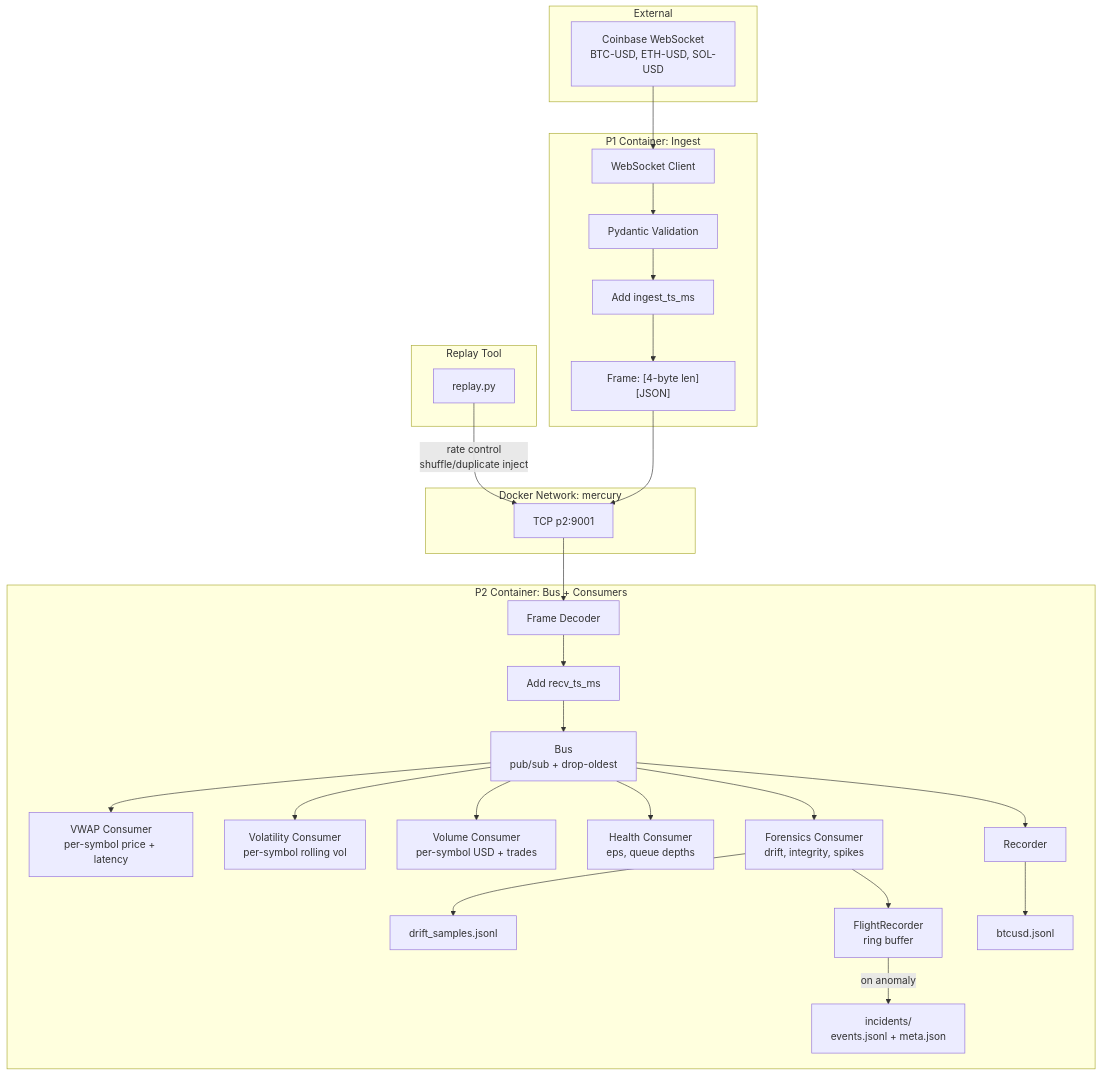
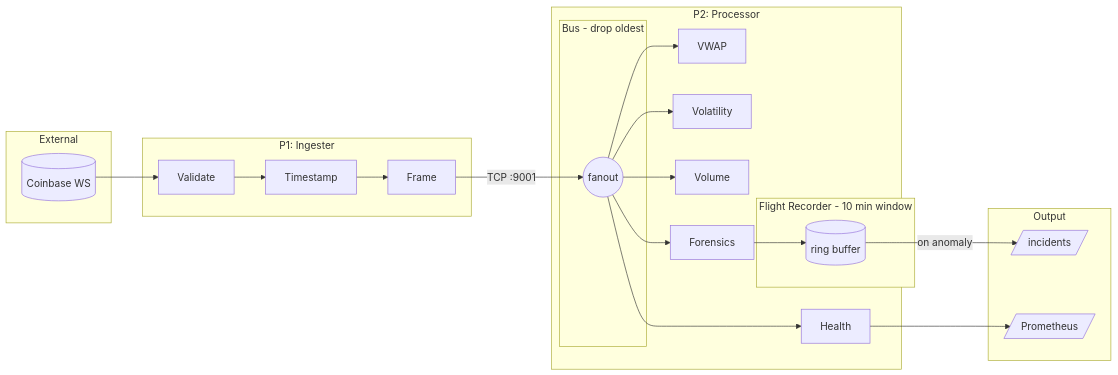
Before and after one commit to tanayshah11/mercury-stream: the diagram in README.md, drawn with Mermaid. The commit also changed other lines of this file, not shown here.

````diff
--- a/README.md
+++ b/README.md
@@ -25,40 +74,39 @@
 ```mermaid
-flowchart TB
+flowchart LR
     subgraph External
-        CB["Coinbase WebSocket<br/>BTC-USD, ETH-USD, SOL-USD"]
+        CB[("Coinbase WS")]
     end
 
-    subgraph P1["P1 Container: Ingest"]
-        WS["WebSocket Client"] --> VAL["Pydantic Validation"]
-        VAL --> TS1["Add ingest_ts_ms"]
-        TS1 --> FRAME["Frame: [4-byte len][JSON]"]
+    subgraph P1["P1: Ingester"]
+        VAL[Validate] --> TS1[Timestamp]
+        TS1 --> FRAME[Frame]
     end
 
-    subgraph Network["Docker Network: mercury"]
-        TCP["TCP p2:9001"]
+    subgraph P2["P2: Processor"]
+        subgraph Bus["Bus - drop oldest"]
+            FANOUT((fanout))
+        end
+
+        FANOUT --> VWAP[VWAP]
+        FANOUT --> VOL[Volatility]
+        FANOUT --> VOLUME[Volume]
+        FANOUT --> HEALTH[Health]
+        FANOUT --> FORENSICS[Forensics]
+
+        subgraph FlightRecorder["Flight Recorder - 10 min window"]
+            RING[(ring buffer)]
+        end
+
+        FORENSICS --> RING
     end
 
-    subgraph P2["P2 Container: Bus + Consumers"]
-        DEC["Frame Decoder"] --> TS2["Add recv_ts_ms"]
-        TS2 --> BUS["Bus<br/>pub/sub + drop-oldest"]
-
-        BUS --> VWAP["VWAP Consumer<br/>per-symbol price + latency"]
-        BUS --> VOL["Volatility Consumer<br/>per-symbol rolling vol"]
-        BUS --> VOLUME["Volume Consumer<br/>per-symbol USD + trades"]
-        BUS --> HEALTH["Health Consumer<br/>eps, queue depths"]
-        BUS --> FORENSICS["Forensics Consumer<br/>drift, integrity, spikes"]
-        BUS --> REC["Recorder"]
-
-        FORENSICS --> DRIFT["drift_samples.jsonl"]
-        FORENSICS --> FLIGHT["FlightRecorder<br/>ring buffer"]
-        FLIGHT --> |"on anomaly"| INCIDENTS["incidents/<br/>events.jsonl + meta.json"]
-        REC --> FILE["btcusd.jsonl"]
+    subgraph Output
+        INCIDENTS[/incidents/]
+        METRICS[/Prometheus/]
     end
 
-    subgraph Replay["Replay Tool"]
-        RPLAY["replay.py"] --> |"rate control<br/>shuffle/duplicate inject"| TCP
-    end
-
-    CB --> WS
-    FRAME --> TCP --> DEC
+    CB --> VAL
+    FRAME -->|"TCP :9001"| FANOUT
+    RING -->|"on anomaly"| INCIDENTS
+    HEALTH --> METRICS
 ```
````
